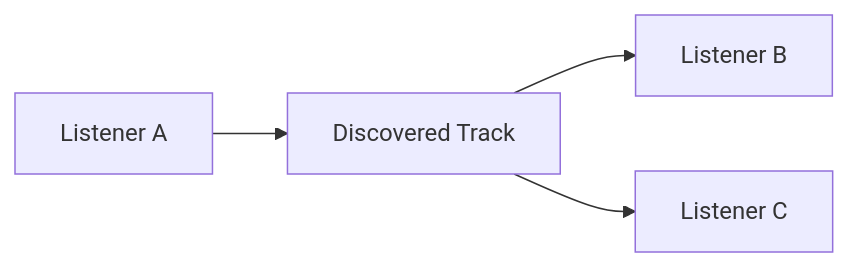
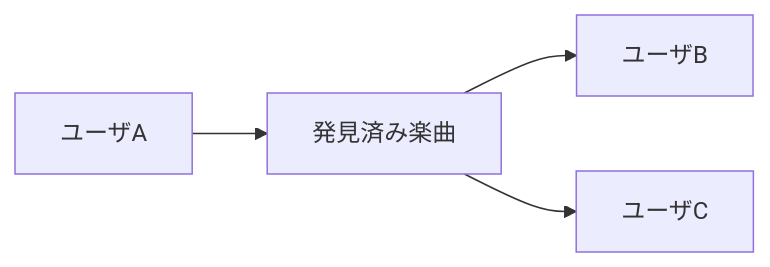
One commit to ShigeichiroYamasaki/creator-first-platform changed the eighth of 35 diagrams in docs/whitepaper/08-discovery-community.md. Above: the diagram before and after it, drawn with Mermaid. The commit also changed other lines of this file and 72 other files, not shown here.

````diff
--- a/docs/whitepaper/08-discovery-community.md
+++ b/docs/whitepaper/08-discovery-community.md
@@ -303,11 +303,11 @@
 ```mermaid
 flowchart LR
-    U1[Listener A]
-    TRACK[Discovered Track]
-    U2[Listener B]
-    U3[Listener C]
+    U1[ユーザA]
+    TRACK[発見済み楽曲]
+    U2[ユーザB]
+    U3[ユーザC]
 
     U1 --> TRACK
     TRACK --> U2
     TRACK --> U3
 ```
````
